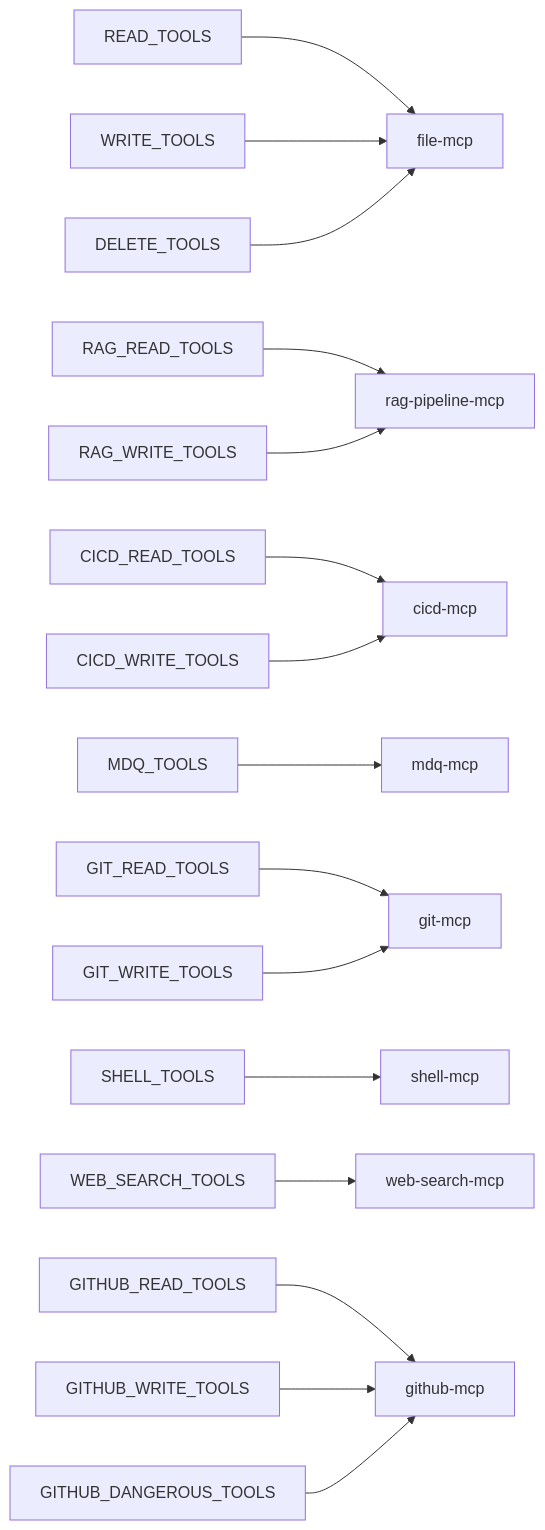
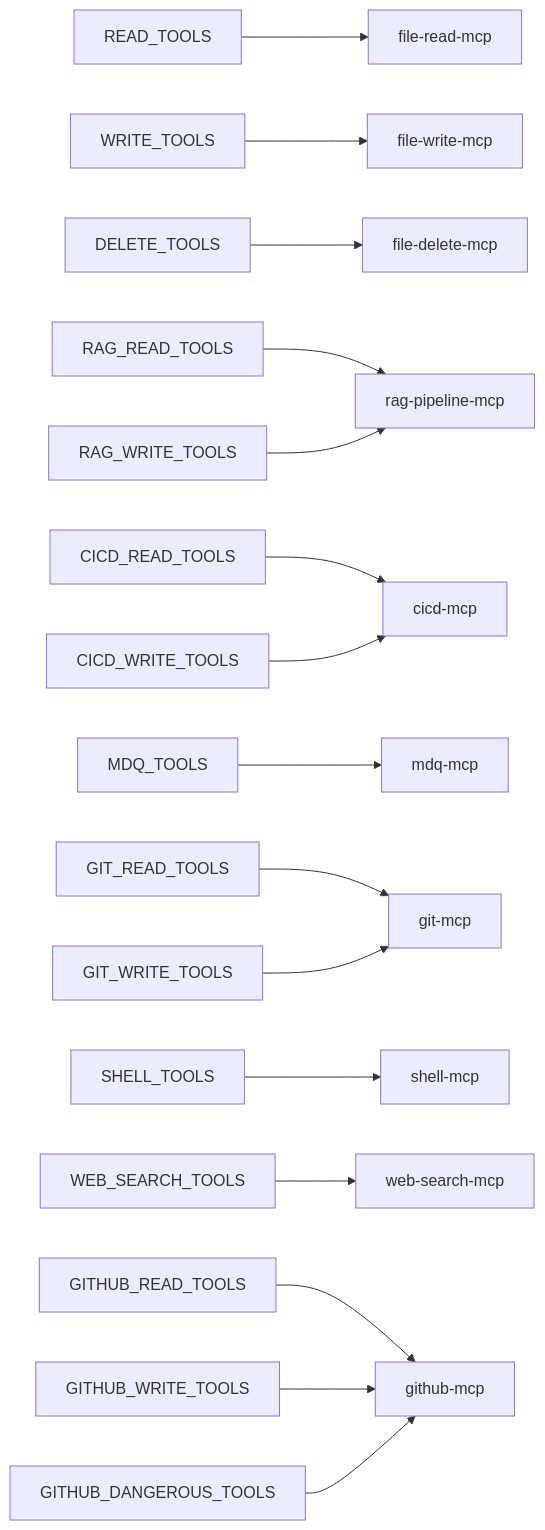
The diagram in docs/04_mcp_01_tool_ownership_matrix.md (masaos-minori/llmagent), drawn with Mermaid before and after one commit. The commit also changed other lines of this file and 15 other files, not shown here.

````diff
--- a/docs/04_mcp_01_tool_ownership_matrix.md
+++ b/docs/04_mcp_01_tool_ownership_matrix.md
@@ -40,18 +46,18 @@
 ```mermaid
 graph LR
-    A[READ_TOOLS] --> B[file-mcp]
-    C[WRITE_TOOLS] --> B
-    D[DELETE_TOOLS] --> B
+    A[READ_TOOLS] --> B1[file-read-mcp]
+    C[WRITE_TOOLS] --> B2[file-write-mcp]
+    D[DELETE_TOOLS] --> B3[file-delete-mcp]
     E[RAG_READ_TOOLS] --> F[rag-pipeline-mcp]
     G[RAG_WRITE_TOOLS] --> F
     H[CICD_READ_TOOLS] --> I[cicd-mcp]
     J[CICD_WRITE_TOOLS] --> I
     K[MDQ_TOOLS] --> L[mdq-mcp]
     M[GIT_READ_TOOLS] --> N[git-mcp]
     O[GIT_WRITE_TOOLS] --> N
     P[SHELL_TOOLS] --> Q[shell-mcp]
     R[WEB_SEARCH_TOOLS] --> S[web-search-mcp]
     T[GITHUB_READ_TOOLS] --> U[github-mcp]
     V[GITHUB_WRITE_TOOLS] --> U
     W[GITHUB_DANGEROUS_TOOLS] --> U
 ```
````
